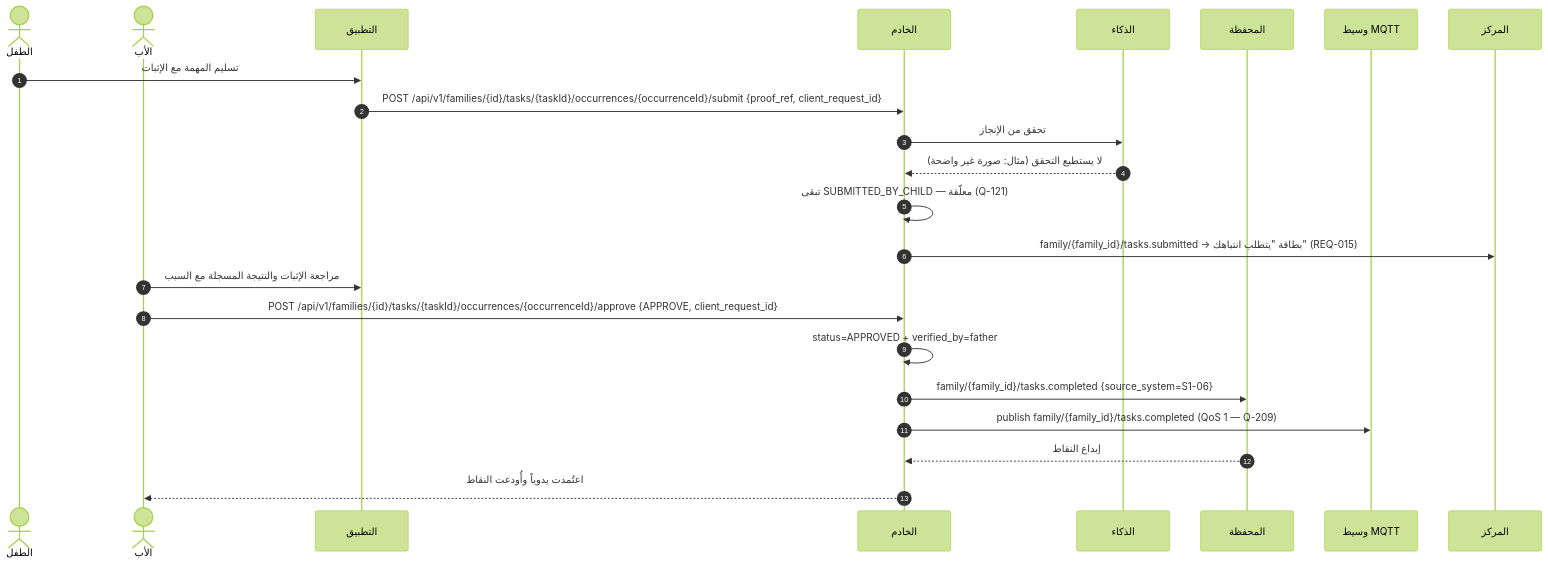
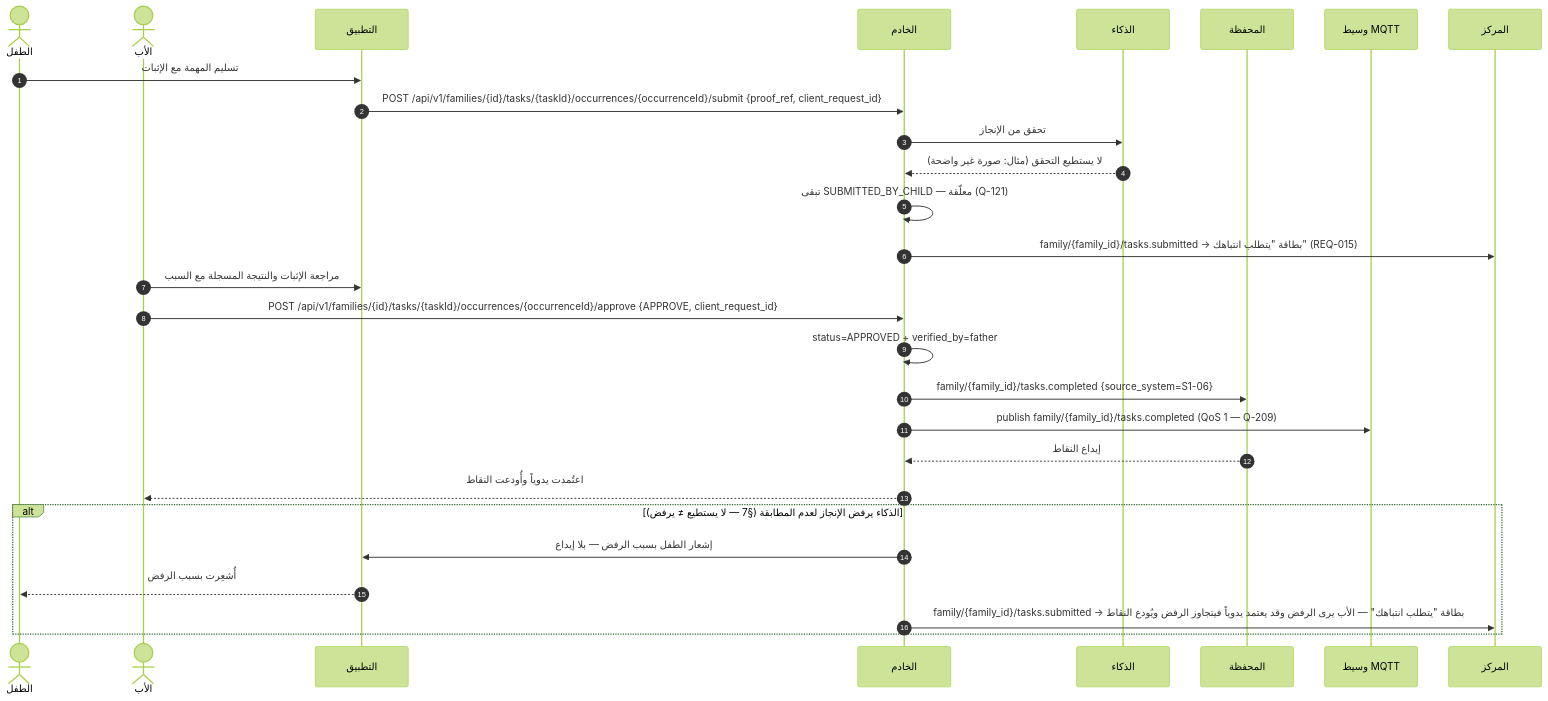
One commit to Bassam-mohammed-alqaeadi/family-os-v2 changed the fifth of 12 diagrams in docs/family-os/governance/phases/phase-1/S1-06-tasks-and-calendar/DIAGRAMS.md. Above: the diagram before and after it, drawn with Mermaid (forest theme). The commit also changed other lines of this file and 3 other files, not shown here.

````diff
--- a/docs/family-os/governance/phases/phase-1/S1-06-tasks-and-calendar/DIAGRAMS.md
+++ b/docs/family-os/governance/phases/phase-1/S1-06-tasks-and-calendar/DIAGRAMS.md
@@ -236,25 +240,30 @@
 ```mermaid
 sequenceDiagram
     autonumber
     actor Child as الطفل
     actor Father as الأب
     participant App as التطبيق
     participant Ktor as الخادم
     participant AI as الذكاء
     participant S105 as المحفظة
     participant MQTT as وسيط MQTT
     participant S109 as المركز
     Child->>App: تسليم المهمة مع الإثبات
     App->>Ktor: POST /api/v1/families/{id}/tasks/{taskId}/occurrences/{occurrenceId}/submit {proof_ref, client_request_id}
     Ktor->>AI: تحقق من الإنجاز
     AI-->>Ktor: لا يستطيع التحقق (مثال: صورة غير واضحة)
     Ktor->>Ktor: تبقى SUBMITTED_BY_CHILD — معلّقة (Q-121)
     Ktor->>S109: family/{family_id}/tasks.submitted → بطاقة "يتطلب انتباهك" (REQ-015)
     Father->>App: مراجعة الإثبات والنتيجة المسجلة مع السبب
     Father->>Ktor: POST /api/v1/families/{id}/tasks/{taskId}/occurrences/{occurrenceId}/approve {APPROVE, client_request_id}
     Ktor->>Ktor: status=APPROVED + verified_by=father
     Ktor->>S105: family/{family_id}/tasks.completed {source_system=S1-06}
     Ktor->>MQTT: publish family/{family_id}/tasks.completed (QoS 1 — Q-209)
     S105-->>Ktor: إيداع النقاط
     Ktor-->>Father: اعتُمدت يدوياً وأُودعت النقاط
+    alt الذكاء يرفض الإنجاز لعدم المطابقة (§7 — لا يستطيع ≠ يرفض)
+        Ktor->>App: إشعار الطفل بسبب الرفض — بلا إيداع
+        App-->>Child: أُشعِرت بسبب الرفض
+        Ktor->>S109: family/{family_id}/tasks.submitted → بطاقة "يتطلب انتباهك" — الأب يرى الرفض وقد يعتمد يدوياً فيتجاوز الرفض ويُودع النقاط
+    end
 ```
````
